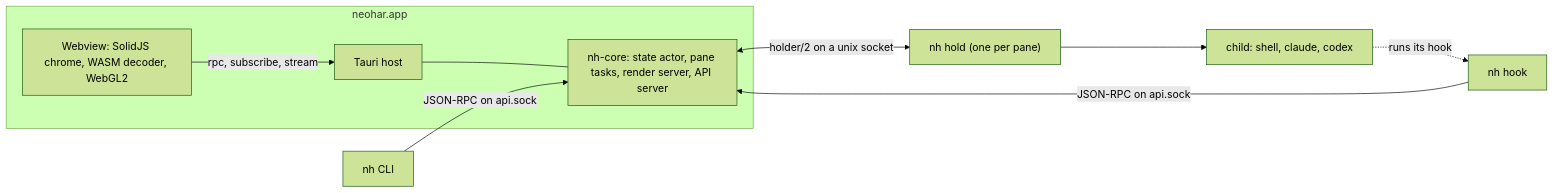
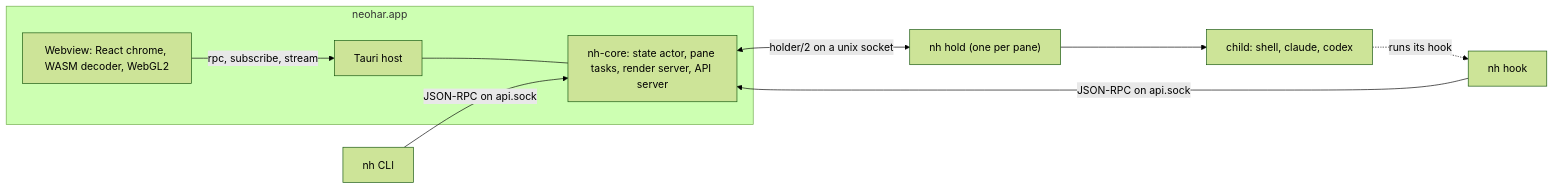
One commit to nikodem-wrona/neohar changed the diagram in website/docs/architecture/overview.md. Above: the diagram before and after it, drawn with Mermaid (forest theme). The commit also changed other lines of this file and 346 other files, not shown here.

First line of the commit message:
feat!: add workflows, a React webview and chats with Hermes Agent (#11)

````diff
--- a/website/docs/architecture/overview.md
+++ b/website/docs/architecture/overview.md
@@ -27,16 +27,16 @@
 ```mermaid
 flowchart LR
   subgraph APP["neohar.app"]
-    WV["Webview: SolidJS chrome, WASM decoder, WebGL2"]
+    WV["Webview: React chrome, WASM decoder, WebGL2"]
     HOST["Tauri host"]
     CORE["nh-core: state actor, pane tasks, render server, API server"]
   end
   H["nh hold (one per pane)"] --> K["child: shell, claude, codex"]
   K -.->|"runs its hook"| HOOK["nh hook"]
   CLI["nh CLI"]
   WV -->|"rpc, subscribe, stream"| HOST
   HOST --- CORE
   CORE <-->|"holder/2 on a unix socket"| H
   HOOK -->|"JSON-RPC on api.sock"| CORE
   CLI -->|"JSON-RPC on api.sock"| CORE
 ```
````
